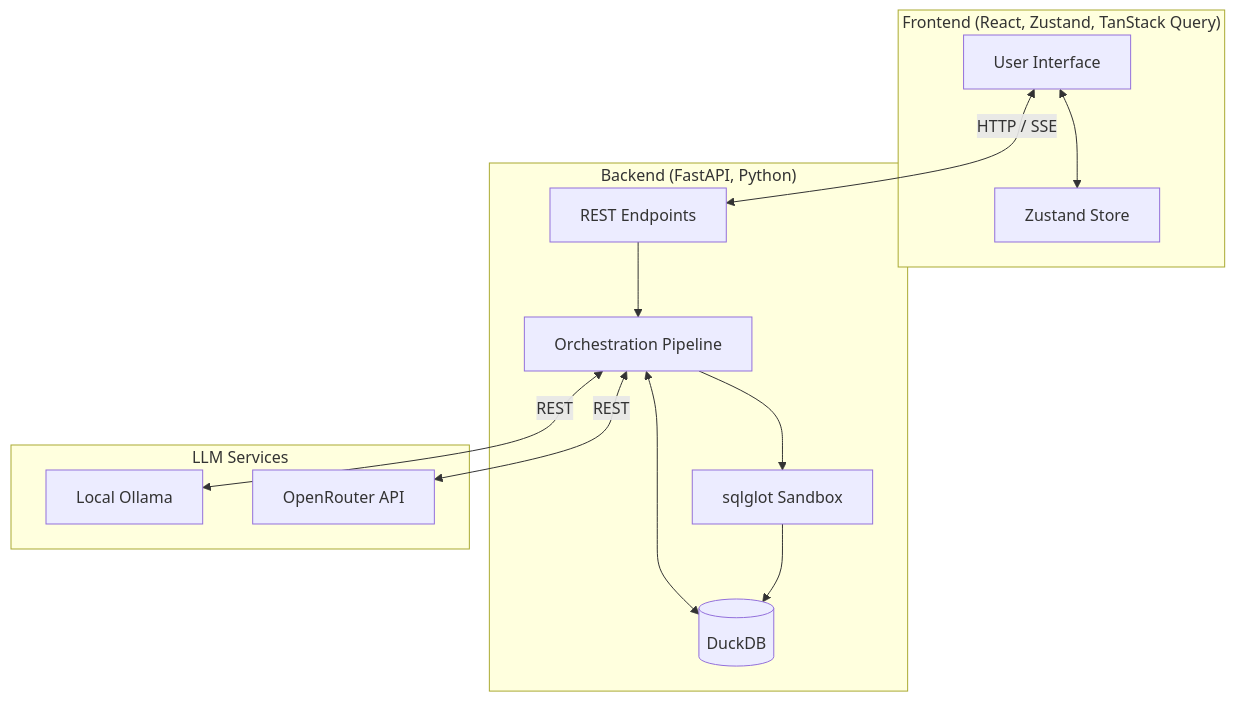
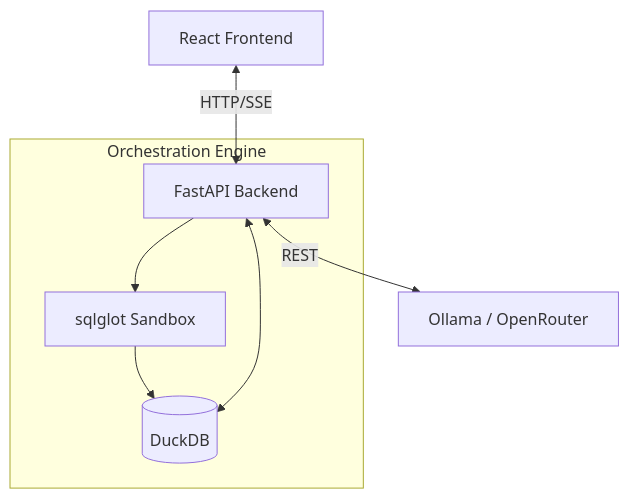
Before and after one commit to Arthurs-excalibur/Sql-Query-generator: the diagram in README.md, drawn with Mermaid. The commit also changed other lines of this file and 6 other files, not shown here.

````diff
--- a/README.md
+++ b/README.md
@@ -30,29 +46,12 @@
 ```mermaid
 graph TD
-    subgraph Frontend ["Frontend (React, Zustand, TanStack Query)"]
-        UI[User Interface]
-        State[Zustand Store]
-        UI <--> State
+    UI[React Frontend] <-->|HTTP/SSE| API[FastAPI Backend]
+    
+    subgraph Orchestration Engine
+        API --> Val[sqlglot Sandbox]
+        Val --> DB[(DuckDB)]
+        API <--> DB
     end
-
-    subgraph Backend ["Backend (FastAPI, Python)"]
-        API[REST Endpoints]
-        Pipeline[Orchestration Pipeline]
-        Validator[sqlglot Sandbox]
-        DB[(DuckDB)]
-        
-        API --> Pipeline
-        Pipeline --> Validator
-        Pipeline <--> DB
-        Validator --> DB
-    end
-
-    subgraph External ["LLM Services"]
-        Ollama[Local Ollama]
-        OpenRouter[OpenRouter API]
-    end
-
-    UI <--> |HTTP / SSE| API
-    Pipeline <--> |REST| Ollama
-    Pipeline <--> |REST| OpenRouter
+    
+    API <-->|REST| LLM[Ollama / OpenRouter]
 ```
````
